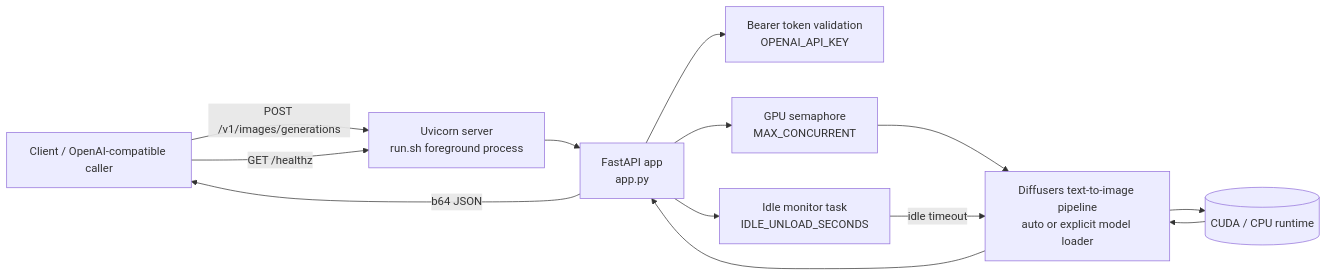
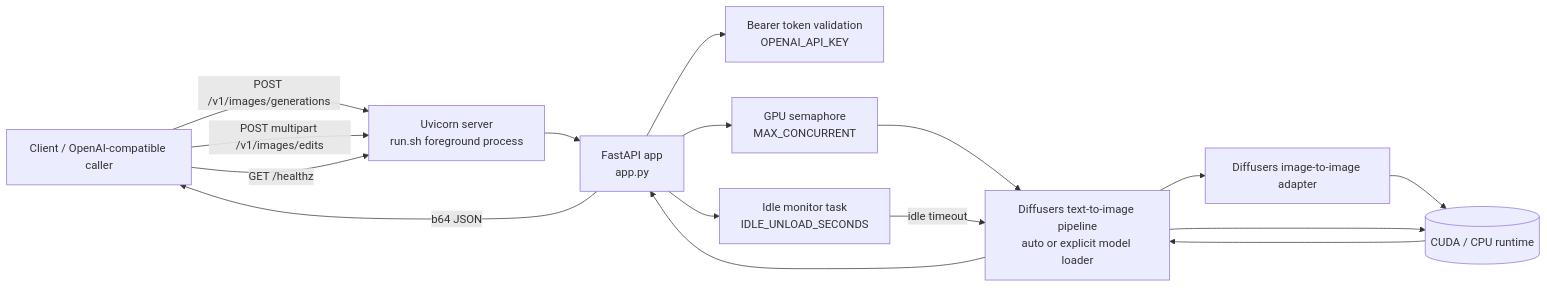
Before and after one commit to ynotopec/api-txt2image: the diagram in ARCHITECTURE.md, drawn with Mermaid. The commit also changed 4 other files, not shown here.

````diff
--- a/ARCHITECTURE.md
+++ b/ARCHITECTURE.md
@@ -3,24 +3,28 @@
 ```mermaid
 flowchart LR
     Client[Client / OpenAI-compatible caller]
     Uvicorn[Uvicorn server\nrun.sh foreground process]
     API[FastAPI app\napp.py]
     Auth[Bearer token validation\nOPENAI_API_KEY]
     Queue[GPU semaphore\nMAX_CONCURRENT]
     Pipeline[Diffusers text-to-image pipeline\nauto or explicit model loader]
+    EditPipeline[Diffusers image-to-image adapter]
     Idle[Idle monitor task\nIDLE_UNLOAD_SECONDS]
     GPU[(CUDA / CPU runtime)]
 
     Client -->|POST /v1/images/generations| Uvicorn
+    Client -->|POST multipart /v1/images/edits| Uvicorn
     Client -->|GET /healthz| Uvicorn
     Uvicorn --> API
     API --> Auth
     API --> Queue
     Queue --> Pipeline
+    Pipeline --> EditPipeline
+    EditPipeline --> GPU
     API --> Idle
     Idle -->|idle timeout| Pipeline
     Pipeline --> GPU
     GPU --> Pipeline
     Pipeline --> API
     API -->|b64 JSON| Client
 ```
````
